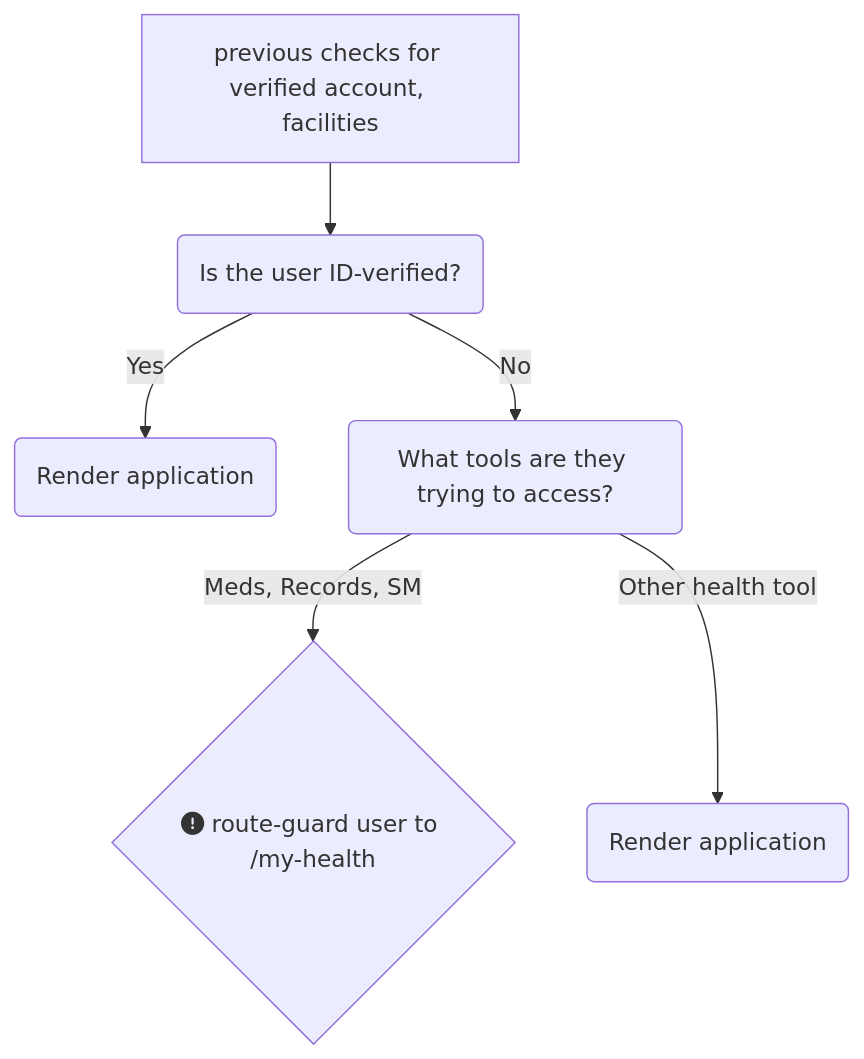
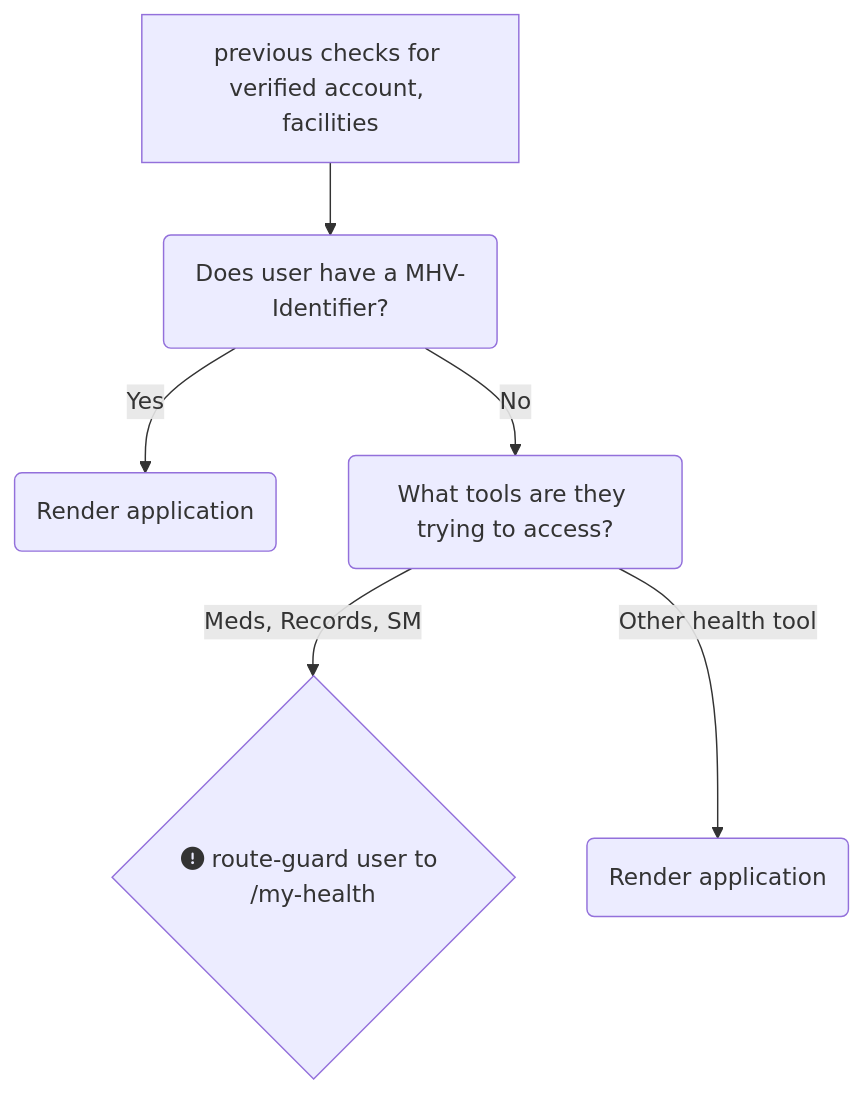
One commit to department-of-veterans-affairs/va.gov-team changed the diagram in products/health-care/digital-health-modernization/mhv-to-va.gov/governance/mhv-account-creation-api.md. Above: the diagram before and after it, drawn with Mermaid.

````diff
--- a/products/health-care/digital-health-modernization/mhv-to-va.gov/governance/mhv-account-creation-api.md
+++ b/products/health-care/digital-health-modernization/mhv-to-va.gov/governance/mhv-account-creation-api.md
@@ -49,8 +49,8 @@
 ```mermaid
 flowchart TD
-    A[previous checks for verified account, facilities] --> D(Is the user ID-verified?)
+    A[previous checks for verified account, facilities] --> D(Does user have a MHV-Identifier?)
     D --> |Yes| G(Render application)
     D --> |No| H(What tools are they trying to access?)
     H --> |Meds, Records, SM| I{fa:fa-circle-exclamation route-guard user to /my-health}
     H --> |Other health tool| J(Render application)
 ```
````
